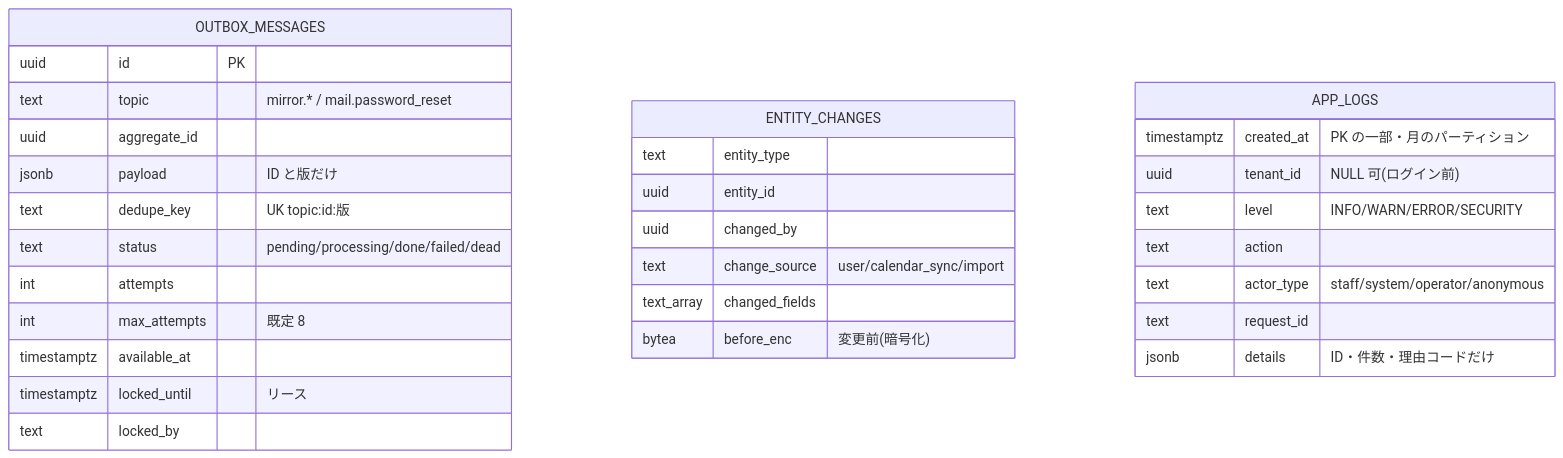
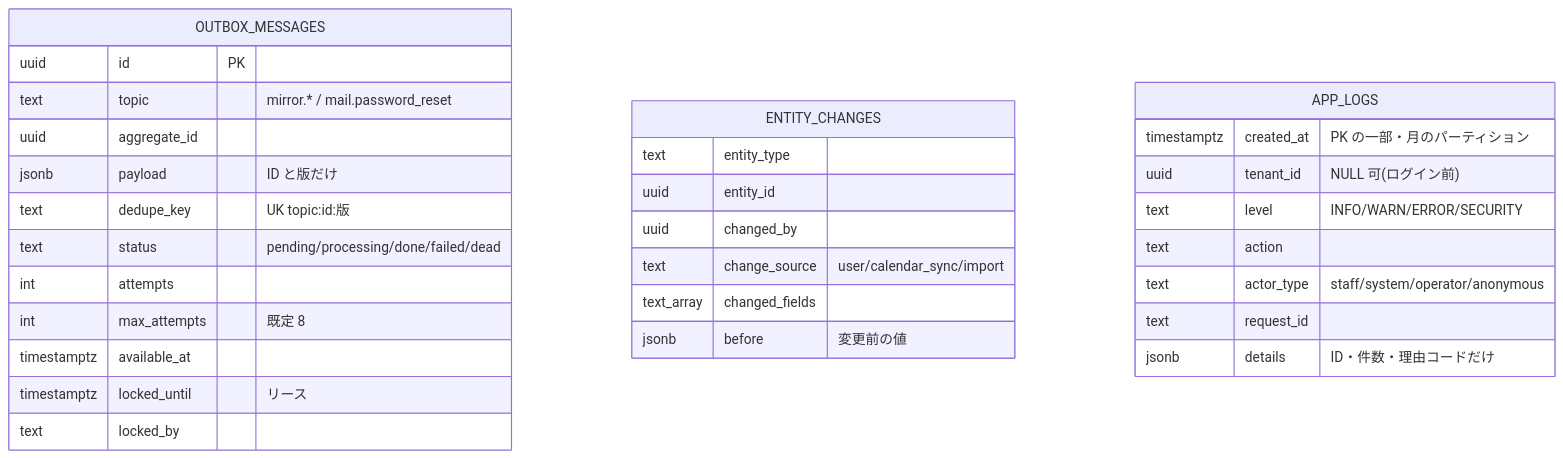
Before and after one commit to katahimo-dev/katahimo-app: the fifth of 5 diagrams in doc/03_データベース設計.md, drawn with Mermaid. The commit also changed other lines of this file and 13 other files, not shown here.

````diff
--- a/doc/03_データベース設計.md
+++ b/doc/03_データベース設計.md
@@ -299,33 +294,33 @@
 ```mermaid
 erDiagram
     OUTBOX_MESSAGES {
         uuid id PK
         text topic "mirror.* / mail.password_reset"
         uuid aggregate_id
         jsonb payload "ID と版だけ"
         text dedupe_key "UK topic:id:版"
         text status "pending/processing/done/failed/dead"
         int attempts
         int max_attempts "既定 8"
         timestamptz available_at
         timestamptz locked_until "リース"
         text locked_by
     }
     ENTITY_CHANGES {
         text entity_type
         uuid entity_id
         uuid changed_by
         text change_source "user/calendar_sync/import"
         text_array changed_fields
-        bytea before_enc "変更前(暗号化)"
+        jsonb before "変更前の値"
     }
     APP_LOGS {
         timestamptz created_at "PK の一部・月のパーティション"
         uuid tenant_id "NULL 可(ログイン前)"
         text level "INFO/WARN/ERROR/SECURITY"
         text action
         text actor_type "staff/system/operator/anonymous"
         text request_id
         jsonb details "ID・件数・理由コードだけ"
     }
 ```
````
